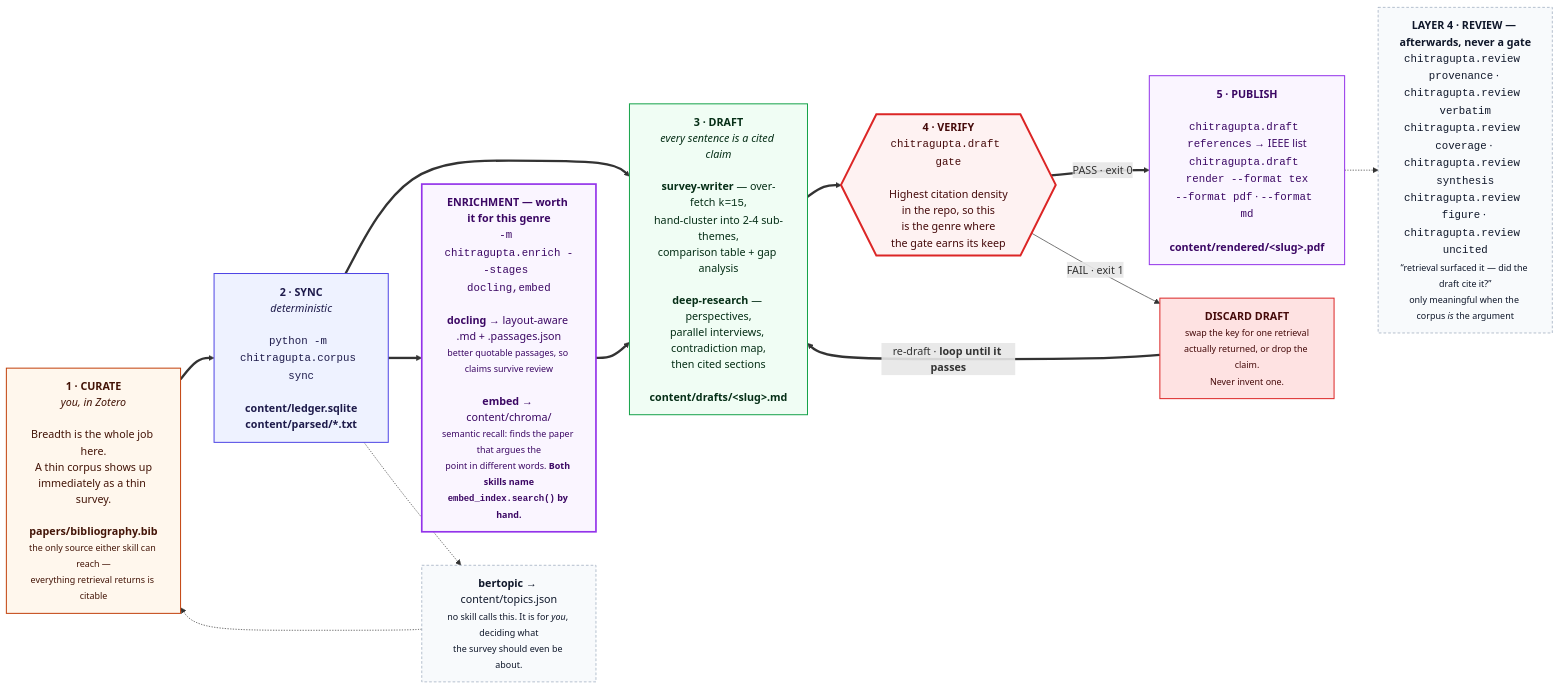
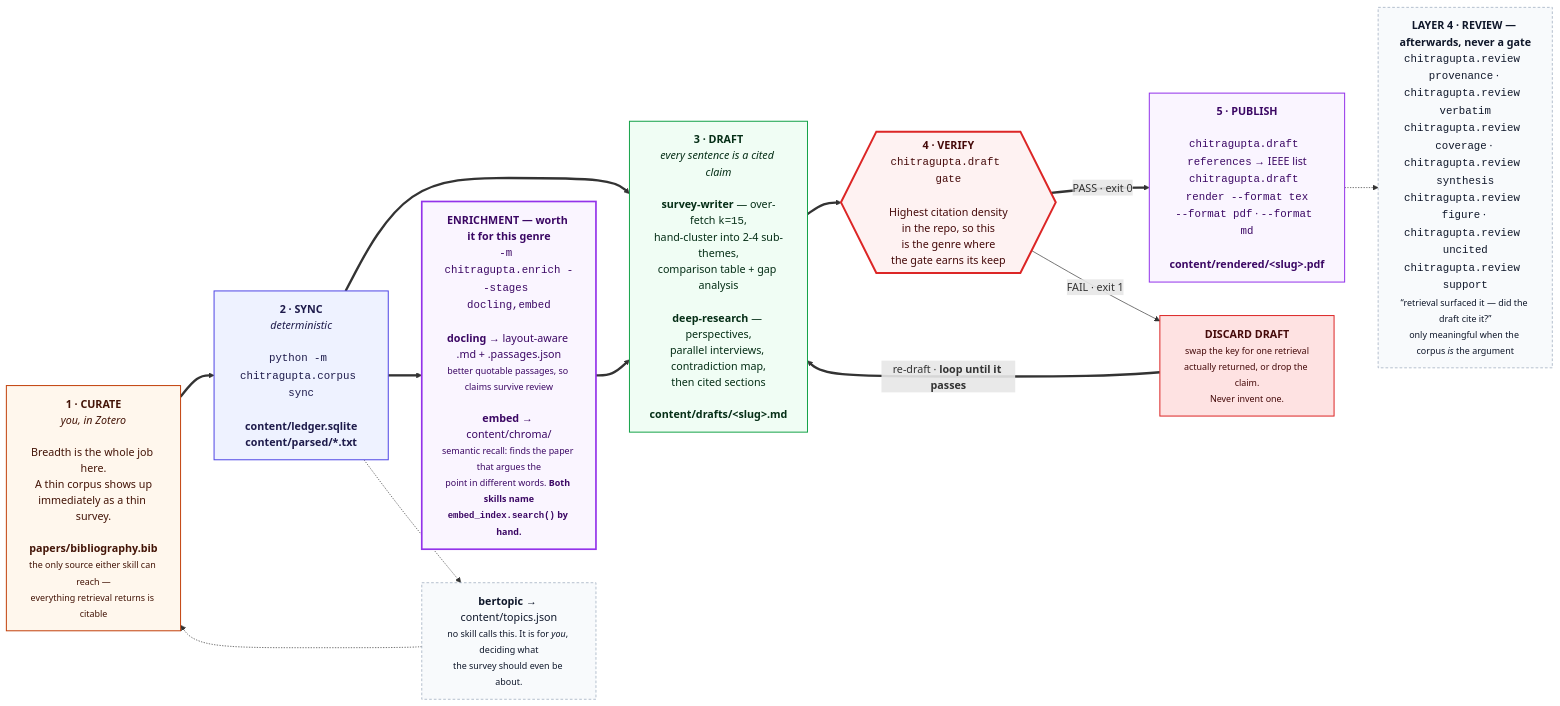
One commit to prasadtalasila/chitragupta changed the seventh of 11 diagrams in docs/DIAGRAMS.md. Above: the diagram before and after it, drawn with Mermaid. The commit also changed other lines of this file and 19 other files, not shown here.

First line of the commit message:
Document the claim-support aid everywhere the review layer's aid count is checked

````diff
--- a/docs/DIAGRAMS.md
+++ b/docs/DIAGRAMS.md
@@ -677,47 +678,47 @@
 ```mermaid
 flowchart LR
 
   P0["<b>1 · CURATE</b><br/><i>you, in Zotero</i><br/><br/>Breadth is the whole job here.<br/>A thin corpus shows up<br/>immediately as a thin survey.<br/><br/><b>papers/bibliography.bib</b><br/><small>the only source either skill can reach —<br/>everything retrieval returns is citable</small>"]
 
   P1["<b>2 · SYNC</b><br/><i>deterministic</i><br/><br/><code>python -m chitragupta.corpus sync</code><br/><br/><b>content/ledger.sqlite</b><br/><b>content/parsed/*.txt</b>"]
 
   HEAVY["<b>ENRICHMENT — worth it for this genre</b><br/><code>-m chitragupta.enrich --stages docling,embed</code><br/><br/><b>docling</b> → layout-aware .md + .passages.json<br/><small>better quotable passages, so claims survive review</small><br/><br/><b>embed</b> → content/chroma/<br/><small>semantic recall: finds the paper that argues the<br/>point in different words. <b>Both skills name<br/><code>embed_index.search()</code> by hand.</b></small>"]
 
   P2["<b>3 · DRAFT</b><br/><i>every sentence is a cited claim</i><br/><br/><b>survey-writer</b> — over-fetch <code>k=15</code>,<br/>hand-cluster into 2-4 sub-themes,<br/>comparison table + gap analysis<br/><br/><b>deep-research</b> — perspectives,<br/>parallel interviews, contradiction map,<br/>then cited sections<br/><br/><b>content/drafts/&lt;slug&gt;.md</b>"]
 
   P3{{"<b>4 · VERIFY</b><br/><code>chitragupta.draft gate</code><br/><br/>Highest citation density<br/>in the repo, so this<br/>is the genre where<br/>the gate earns its keep"}}
 
   FIX["<b>DISCARD DRAFT</b><br/><small>swap the key for one retrieval<br/>actually returned, or drop the claim.<br/>Never invent one.</small>"]
 
   P4["<b>5 · PUBLISH</b><br/><br/><code>chitragupta.draft references</code> → IEEE list<br/><code>chitragupta.draft render --format tex</code><br/><code>--format pdf</code> · <code>--format md</code><br/><br/><b>content/rendered/&lt;slug&gt;.pdf</b>"]
 
-  AID["<b>LAYER 4 · REVIEW — afterwards, never a gate</b><br/><code>chitragupta.review provenance</code> · <code>chitragupta.review verbatim</code><br/><code>chitragupta.review coverage</code> · <code>chitragupta.review synthesis</code><br/><code>chitragupta.review figure</code> · <code>chitragupta.review uncited</code><br/><small>“retrieval surfaced it — did the draft cite it?”<br/>only meaningful when the corpus <i>is</i> the argument</small>"]
+  AID["<b>LAYER 4 · REVIEW — afterwards, never a gate</b><br/><code>chitragupta.review provenance</code> · <code>chitragupta.review verbatim</code><br/><code>chitragupta.review coverage</code> · <code>chitragupta.review synthesis</code><br/><code>chitragupta.review figure</code> · <code>chitragupta.review uncited</code><br/><code>chitragupta.review support</code><br/><small>“retrieval surfaced it — did the draft cite it?”<br/>only meaningful when the corpus <i>is</i> the argument</small>"]
 
   BERT["<b>bertopic</b> → content/topics.json<br/><small>no skill calls this. It is for <i>you</i>, deciding what<br/>the survey should even be about.</small>"]
 
   P0 ==> P1 ==> P2 ==> P3
   P1 ==> HEAVY ==> P2
   P3 == "PASS · exit 0" ==> P4
   P3 -- "FAIL · exit 1" --> FIX
   FIX == "re-draft · <b>loop until it passes</b>" ==> P2
   P4 -.-> AID
   P1 -.-> BERT -.-> P0
 
   classDef you fill:#fff7ed,stroke:#c2410c,stroke-width:1.5px,color:#431407
   classDef det fill:#eef2ff,stroke:#4f46e5,stroke-width:1.5px,color:#1e1b4b
   classDef gen fill:#f0fdf4,stroke:#16a34a,stroke-width:1.5px,color:#052e16
   classDef gate fill:#fef2f2,stroke:#dc2626,stroke-width:3px,color:#450a0a
   classDef out fill:#faf5ff,stroke:#9333ea,stroke-width:1.5px,color:#3b0764
   classDef bad fill:#fee2e2,stroke:#dc2626,stroke-width:1.5px,color:#450a0a
   classDef heavy fill:#faf5ff,stroke:#9333ea,stroke-width:2.5px,color:#3b0764
   classDef aid fill:#f8fafc,stroke:#94a3b8,stroke-dasharray:4 3,color:#0f172a
 
   class P0 you
   class P1 det
   class P2 gen
   class P3 gate
   class P4 out
   class FIX bad
   class HEAVY heavy
   class AID,BERT aid
 ```
````
